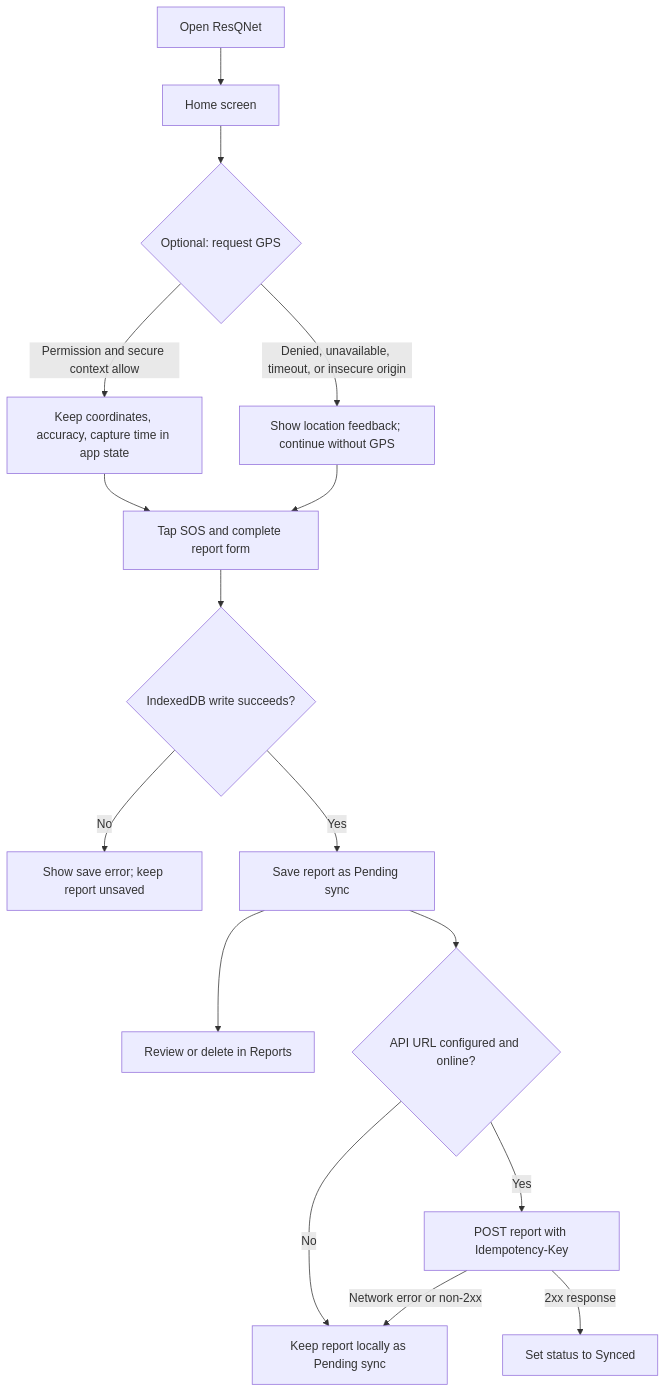
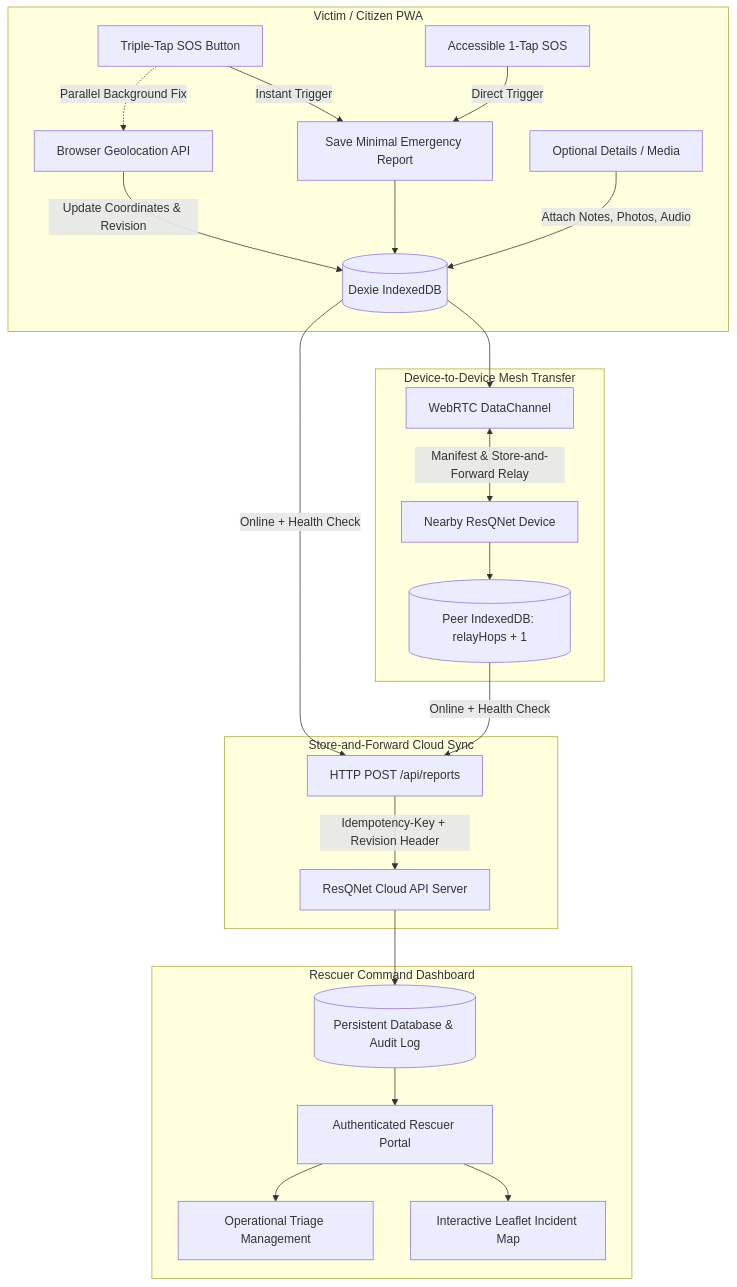
The diagram in README.md (rajputarpit0110/ResQNet), drawn with Mermaid before and after one commit. The commit also changed other lines of this file and 26 other files, not shown here.

Commit message:
feat: complete Triple-Tap SOS, Dexie v2, WebRTC mesh relay, backend API, and rescuer dashboard

````diff
--- a/README.md
+++ b/README.md
@@ -80,18 +44,29 @@
 ```mermaid
 flowchart TD
-    A[Open ResQNet] --> B[Home screen]
-    B --> C{Optional: request GPS}
-    C -->|Permission and secure context allow| D[Keep coordinates, accuracy, capture time in app state]
-    C -->|Denied, unavailable, timeout, or insecure origin| E[Show location feedback; continue without GPS]
-    D --> F[Tap SOS and complete report form]
-    E --> F
-    F --> G{IndexedDB write succeeds?}
-    G -->|No| H[Show save error; keep report unsaved]
-    G -->|Yes| I[Save report as Pending sync]
-    I --> J[Review or delete in Reports]
-    I --> K{API URL configured and online?}
-    K -->|No| L[Keep report locally as Pending sync]
-    K -->|Yes| M[POST report with Idempotency-Key]
-    M -->|2xx response| N[Set status to Synced]
-    M -->|Network error or non-2xx| L
+    subgraph VictimApp["Victim / Citizen PWA"]
+        A[Triple-Tap SOS Button] -->|Instant Trigger| B[Save Minimal Emergency Report]
+        B --> C[(Dexie IndexedDB)]
+        A -.->|Parallel Background Fix| D[Browser Geolocation API]
+        D -->|Update Coordinates & Revision| C
+        A2[Accessible 1-Tap SOS] -->|Direct Trigger| B
+        A3[Optional Details / Media] -->|Attach Notes, Photos, Audio| C
+    end
+
+    subgraph MeshRelay["Device-to-Device Mesh Transfer"]
+        C --> E[WebRTC DataChannel]
+        E <-->|Manifest & Store-and-Forward Relay| F[Nearby ResQNet Device]
+        F --> G[(Peer IndexedDB: relayHops + 1)]
+    end
+
+    subgraph CloudSync["Store-and-Forward Cloud Sync"]
+        C & G -->|Online + Health Check| H[HTTP POST /api/reports]
+        H -->|Idempotency-Key + Revision Header| I[ResQNet Cloud API Server]
+    end
+
+    subgraph RescuerOperations["Rescuer Command Dashboard"]
+        I --> J[(Persistent Database & Audit Log)]
+        J --> K[Authenticated Rescuer Portal]
+        K --> L[Interactive Leaflet Incident Map]
+        K --> M[Operational Triage Management]
+    end
 ```
````
